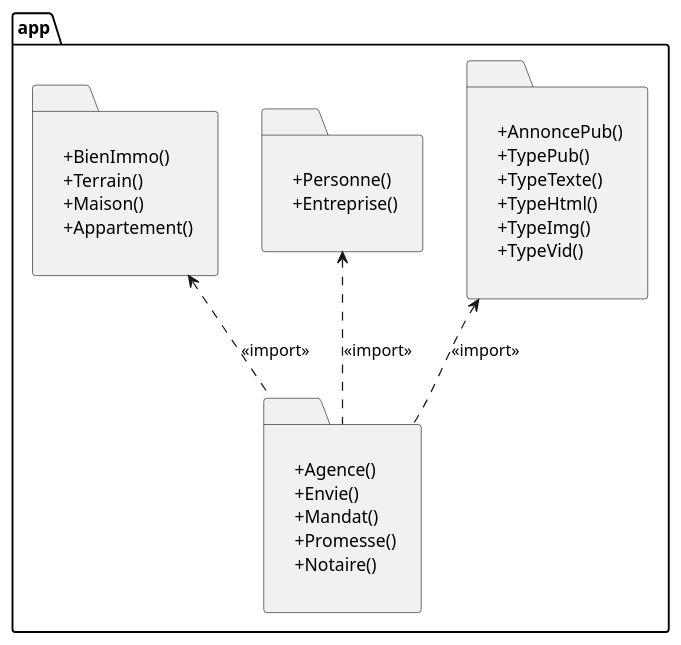
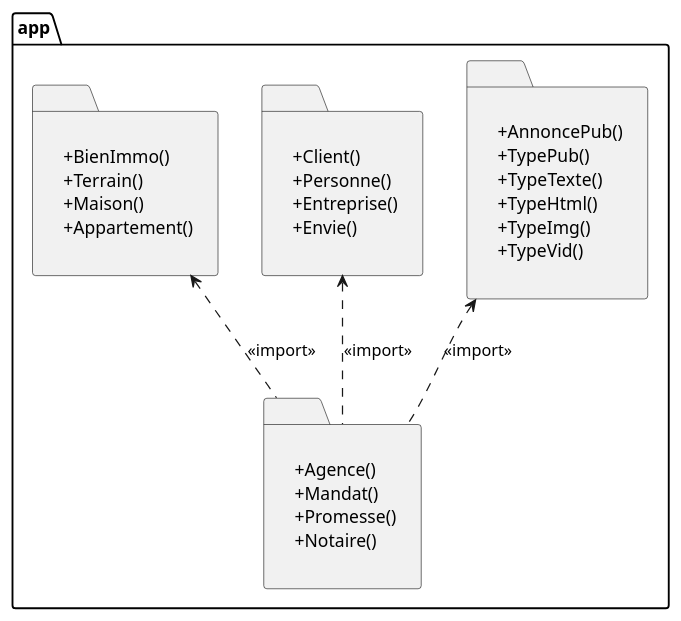
Before and after one commit to DenisGuiraudet/MIASHS_UML_PTUT: the diagram in DOC/UML/diagPackage.plantuml, drawn with PlantUML. The commit also changed 13 other files, not shown here.

```diff
--- a/DOC/UML/diagPackage.plantuml
+++ b/DOC/UML/diagPackage.plantuml
@@ -2,48 +2,49 @@
 @startuml
 
 package app {
 
   folder agence [
 
     +Agence()
-    +Envie()
     +Mandat()
     +Promesse()
     +Notaire()
 
   ]
 
   folder pub [
 
     +AnnoncePub()
     +TypePub()
     +TypeTexte()
     +TypeHtml()
     +TypeImg()
     +TypeVid()
 
   ]
 
   folder user [
 
+    +Client()
     +Personne()
     +Entreprise()
+    +Envie()
 
   ]
 
   folder immo [
 
     +BienImmo()
     +Terrain()
     +Maison()
     +Appartement()
 
   ]
 
   pub <.down. agence : <<import>>
   user <.down. agence : <<import>>
   immo <.down. agence : <<import>>
 
 }
 
 @enduml
```
